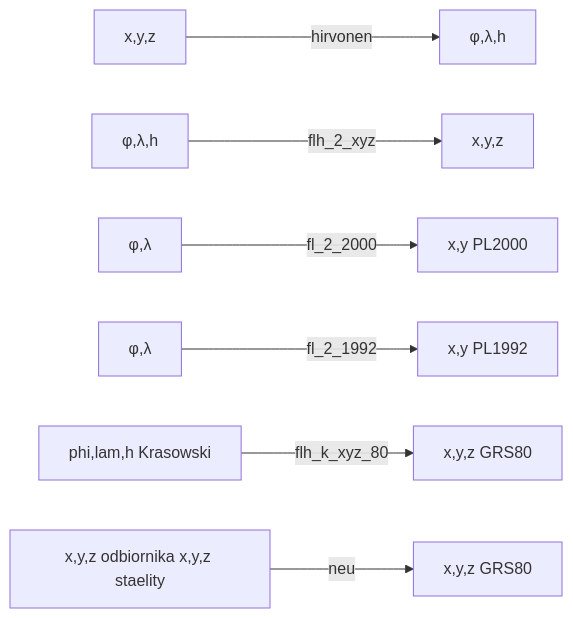
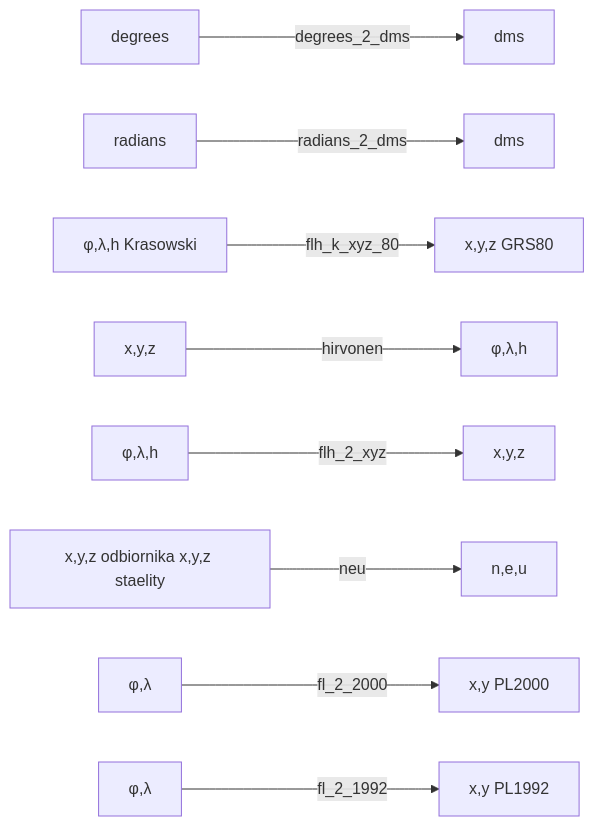
One commit to Votum1103/ProjektTransformacje changed the diagram in README.md. Above: the diagram before and after it, drawn with Mermaid. The commit also changed other lines of this file, not shown here.

````diff
--- a/README.md
+++ b/README.md
@@ -10,9 +12,11 @@
 ```mermaid
 graph LR
-A[x,y,z] -->|hirvonen| B[φ,λ,h]
-C[φ,λ,h] -->|flh_2_xyz| D[x,y,z]
-E[φ,λ] -->|fl_2_2000| F[x,y PL2000]
-G[φ,λ] -->|fl_2_1992| H[x,y PL1992]
-I[phi,lam,h Krasowski] -->|flh_k_xyz_80| J[x,y,z GRS80]
-K[x,y,z odbiornika x,y,z staelity] -->|neu| L[x,y,z GRS80]
+A[degrees] -->|degrees_2_dms| B[dms]
+C[radians] -->|radians_2_dms| D[dms]
+E[φ,λ,h Krasowski] -->|flh_k_xyz_80| F[x,y,z GRS80]
+G[x,y,z] -->|hirvonen| H[φ,λ,h]
+I[φ,λ,h] -->|flh_2_xyz| J[x,y,z]
+K[x,y,z odbiornika x,y,z staelity] -->|neu| L[n,e,u]
+M[φ,λ] -->|fl_2_2000| N[x,y PL2000]
+O[φ,λ] -->|fl_2_1992| P[x,y PL1992]
 ```
````
